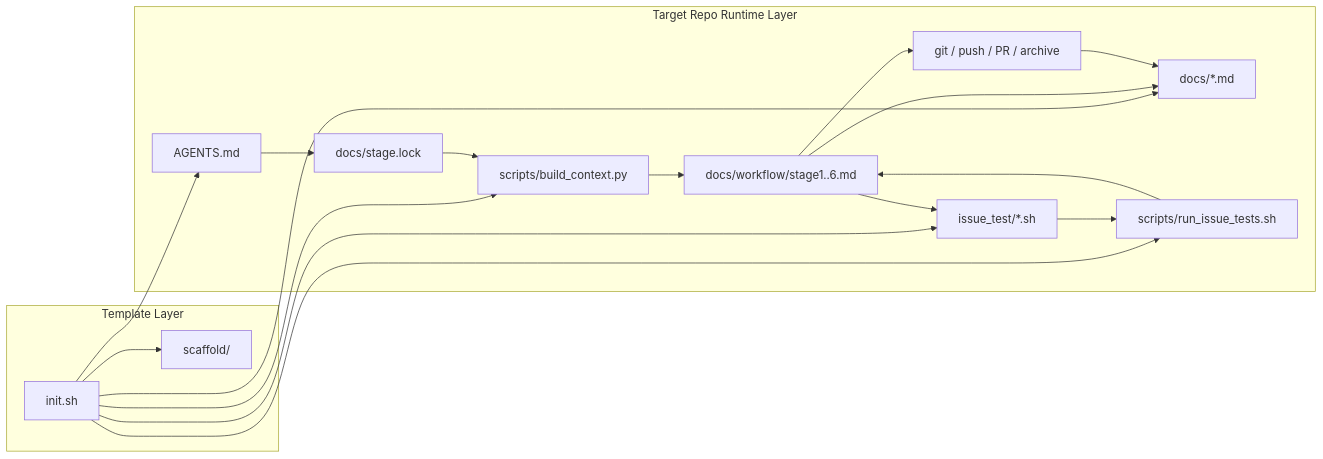
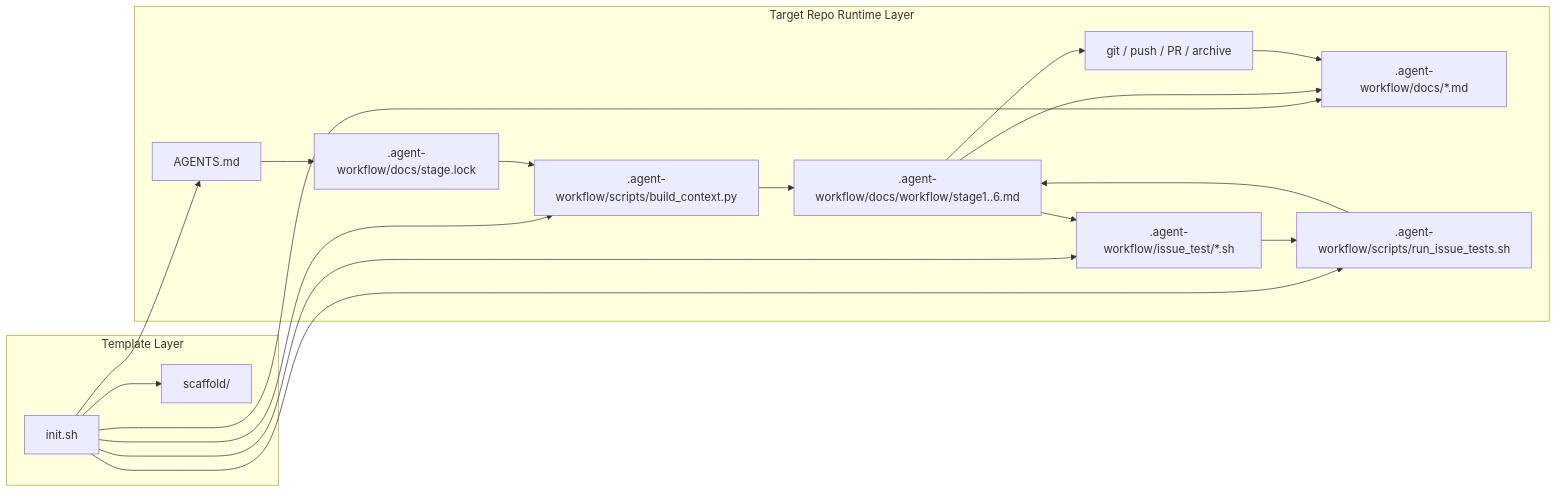
One commit to MrLvT/Agent-Workflow-Template changed the first of 2 diagrams in README.en.md. Above: the diagram before and after it, drawn with Mermaid. The commit also changed other lines of this file and 76 other files, not shown here.

````diff
--- a/README.en.md
+++ b/README.en.md
@@ -189,34 +189,34 @@
 ```mermaid
 flowchart LR
     subgraph Template["Template Layer"]
         INIT["init.sh"]
         SCF["scaffold/"]
     end
 
     subgraph Runtime["Target Repo Runtime Layer"]
         AG["AGENTS.md"]
-        LOCK["docs/stage.lock"]
-        WF["docs/workflow/stage1..6.md"]
-        CTX["scripts/build_context.py"]
-        DOCS["docs/*.md"]
-        IT["issue_test/*.sh"]
-        SUITE["scripts/run_issue_tests.sh"]
+        LOCK[".agent-workflow/docs/stage.lock"]
+        WF[".agent-workflow/docs/workflow/stage1..6.md"]
+        CTX[".agent-workflow/scripts/build_context.py"]
+        DOCS[".agent-workflow/docs/*.md"]
+        IT[".agent-workflow/issue_test/*.sh"]
+        SUITE[".agent-workflow/scripts/run_issue_tests.sh"]
         GIT["git / push / PR / archive"]
     end
 
     INIT --> SCF
     INIT --> DOCS
     INIT --> CTX
     INIT --> IT
     INIT --> SUITE
     INIT --> AG
     AG --> LOCK
     LOCK --> CTX
     CTX --> WF
     WF --> DOCS
     WF --> IT
     IT --> SUITE
     SUITE --> WF
     WF --> GIT
     GIT --> DOCS
 ```
````
